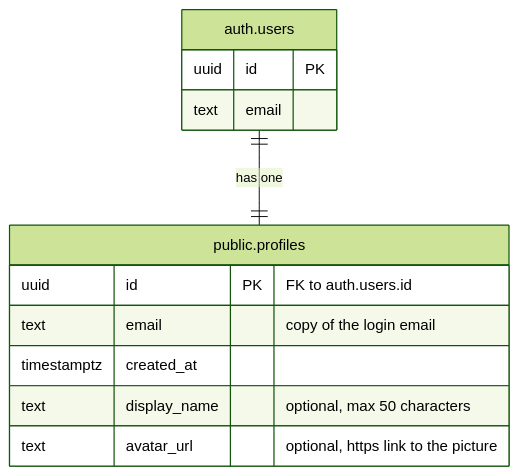
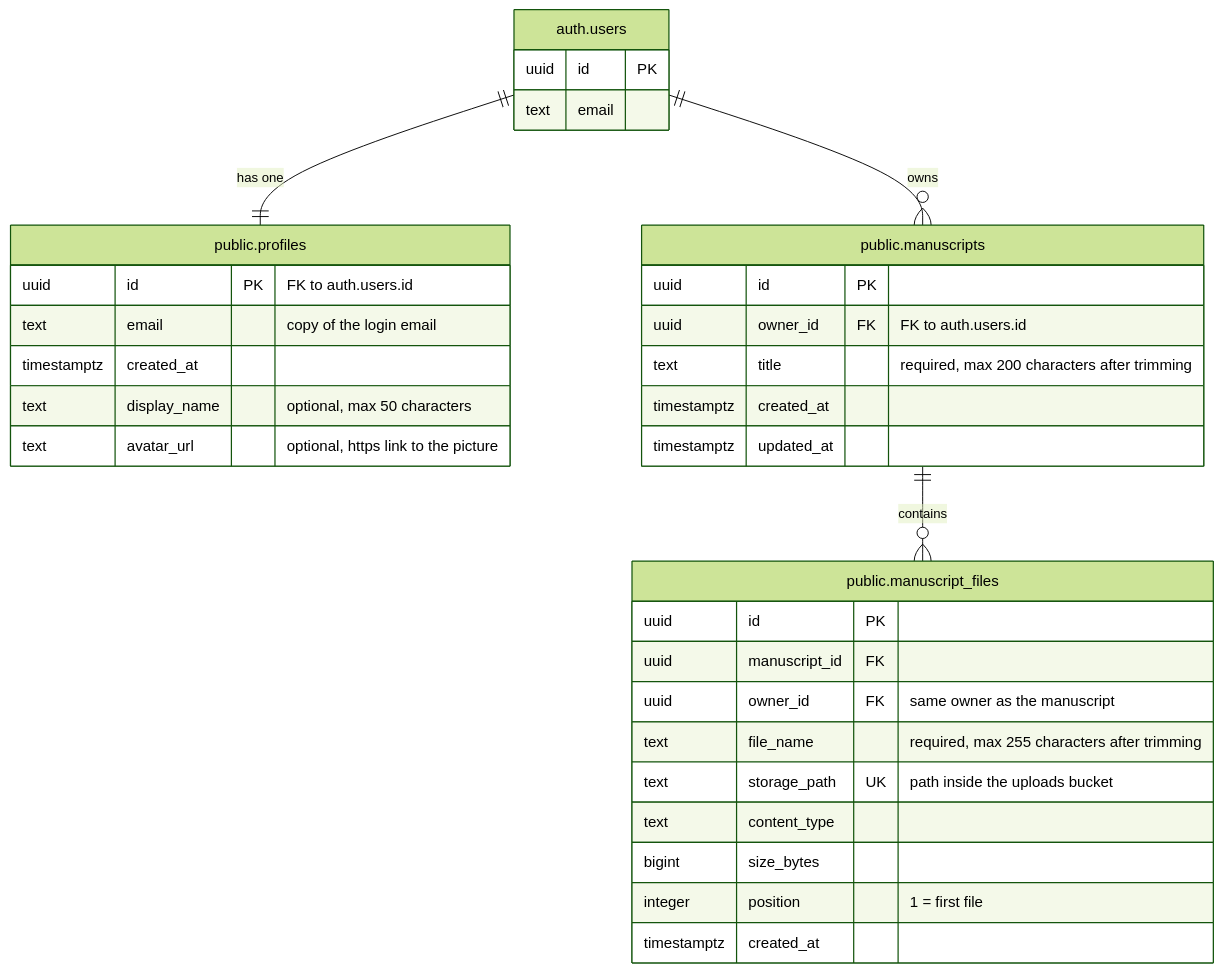
Before and after one commit to nlklfor/manulator: the diagram in docs/database.md, drawn with Mermaid (forest theme). The commit also changed other lines of this file, not shown here.

First line of the commit message:
docs: document manuscript library

````diff
--- a/docs/database.md
+++ b/docs/database.md
@@ -12,15 +13,35 @@
 ```mermaid
 erDiagram
     "auth.users" ||--|| "public.profiles" : "has one"
+    "auth.users" ||--o{ "public.manuscripts" : "owns"
+    "public.manuscripts" ||--o{ "public.manuscript_files" : "contains"
     "auth.users" {
         uuid id PK
         text email
     }
     "public.profiles" {
         uuid id PK "FK to auth.users.id"
         text email "copy of the login email"
         timestamptz created_at
         text display_name "optional, max 50 characters"
         text avatar_url "optional, https link to the picture"
     }
+    "public.manuscripts" {
+        uuid id PK
+        uuid owner_id FK "FK to auth.users.id"
+        text title "required, max 200 characters after trimming"
+        timestamptz created_at
+        timestamptz updated_at
+    }
+    "public.manuscript_files" {
+        uuid id PK
+        uuid manuscript_id FK
+        uuid owner_id FK "same owner as the manuscript"
+        text file_name "required, max 255 characters after trimming"
+        text storage_path UK "path inside the uploads bucket"
+        text content_type
+        bigint size_bytes
+        integer position "1 = first file"
+        timestamptz created_at
+    }
 ```
````
